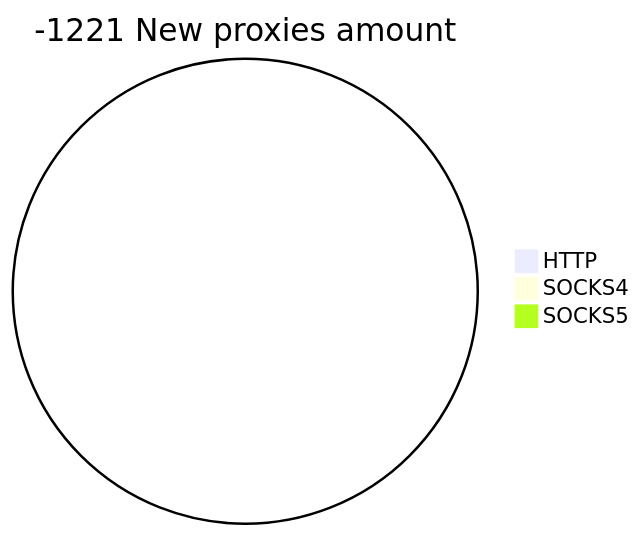
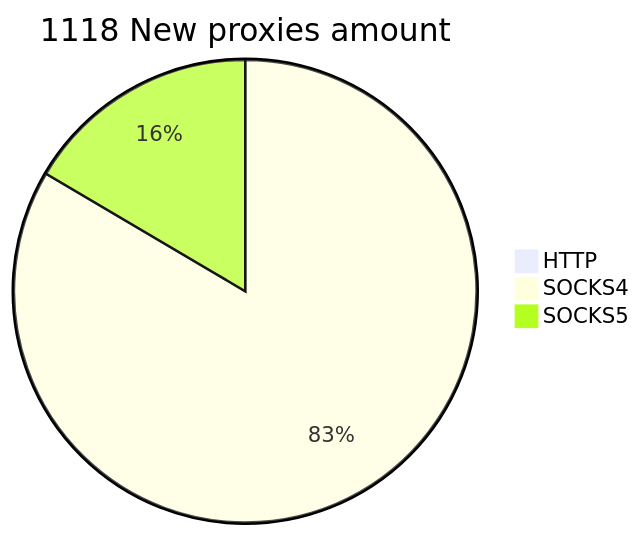
The second of 2 diagrams in README.md (cutipu/proxylist), drawn with Mermaid before and after one commit. The commit also changed other lines of this file, not shown here.

````diff
--- a/README.md
+++ b/README.md
@@ -10,6 +10,6 @@
 ```mermaid
-pie title -1221 New proxies amount
-    "HTTP" : 0
-    "SOCKS4" : 0
-    "SOCKS5" : 0
+pie title 1118 New proxies amount
+    "HTTP" : 4
+    "SOCKS4" : 930
+    "SOCKS5" : 184
 ```
````
